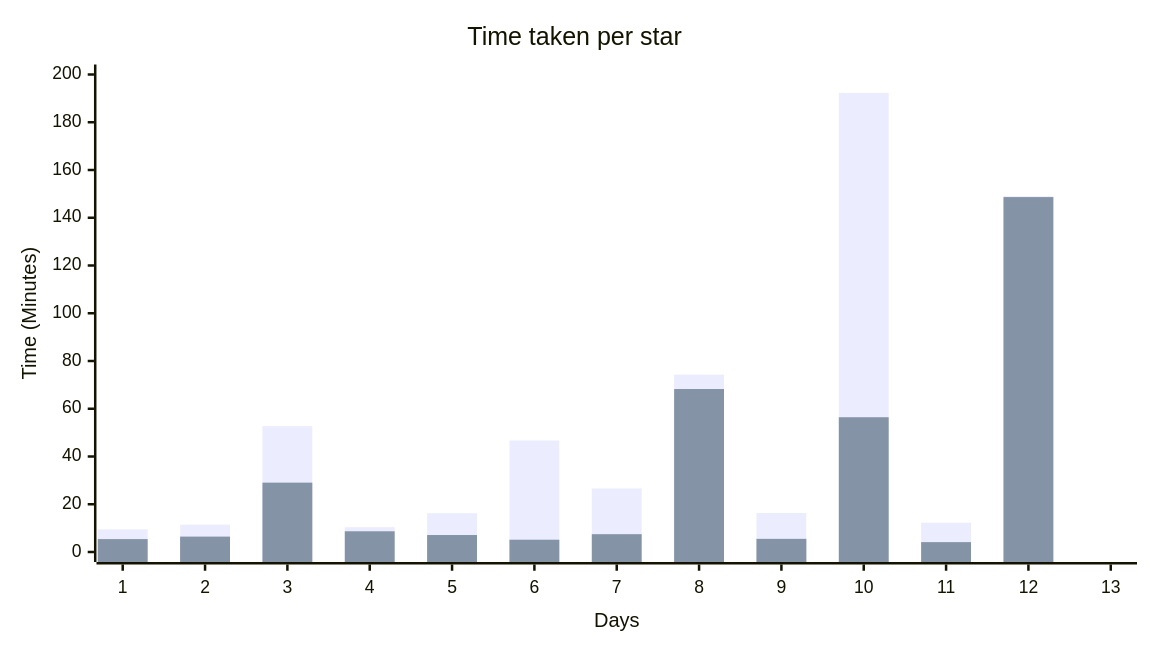
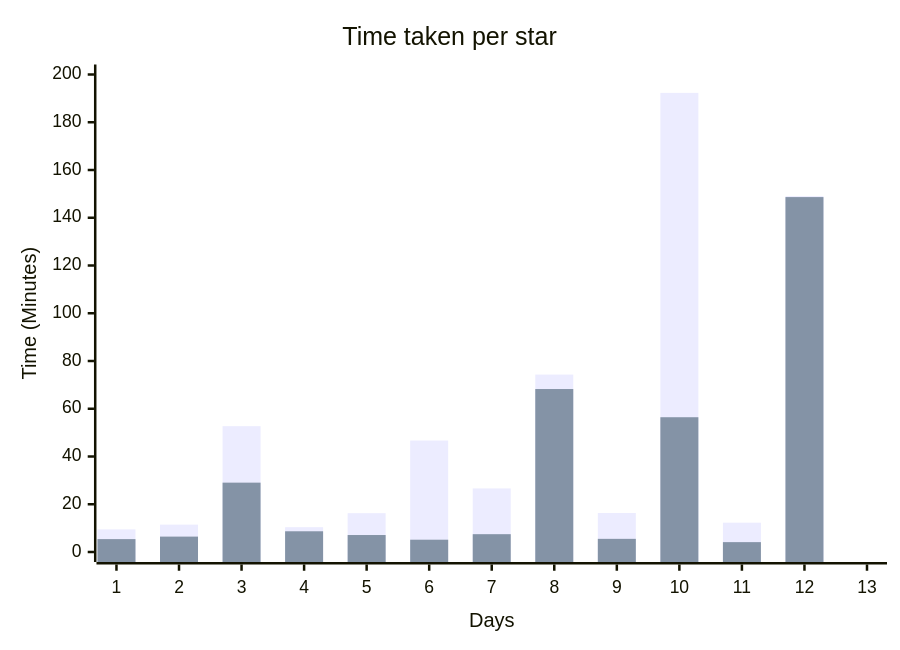
One commit to Voxed/aoc25 changed the diagram in readme.md. Above: the diagram before and after it, drawn with Mermaid.

````diff
--- a/readme.md
+++ b/readme.md
@@ -16,13 +16,8 @@
 ```mermaid
----
-config:
-  xyChart:
-    width: 900
----
 xychart
     title "Time taken per star"
     x-axis "Days" [1,2,3,4,5,6,7,8,9,10,11,12, 13]
     y-axis "Time (Minutes)" 0 --> 200
     bar [9.48, 11.46, 52.7, 10.4, 16.25, 46.68, 26.63, 74.31, 16.35, 192.31, 12.28, 149.05]
     bar [5.4, 6.45, 29.05, 8.68, 7.11, 5.15, 7.46, 68.26, 5.51, 56.45, 4.13, 148.65]
 ```
````
